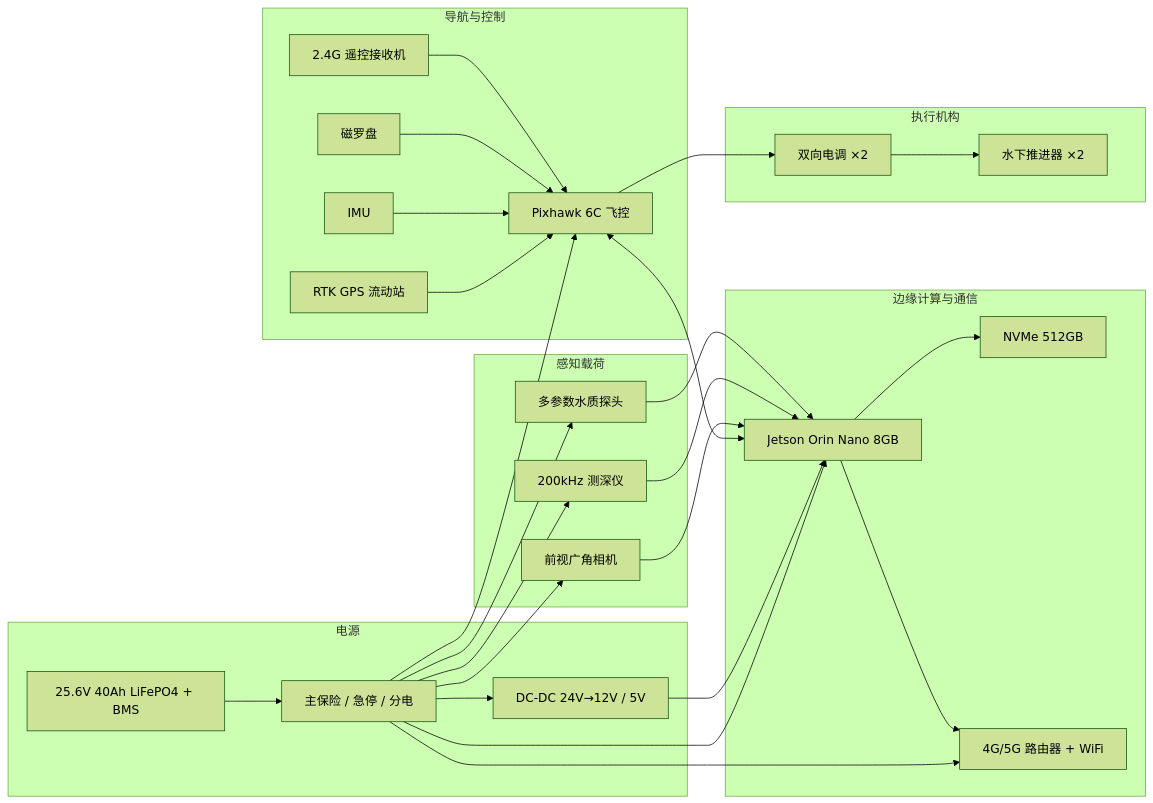
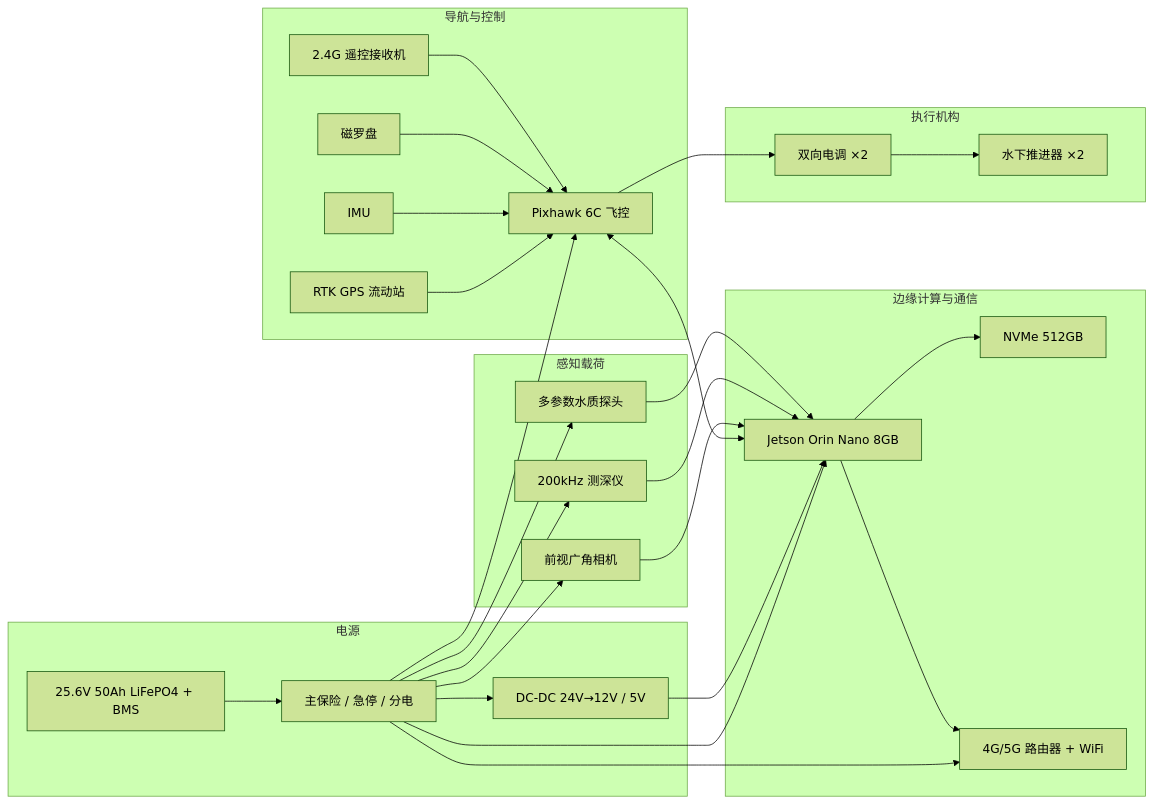
One commit to QinTomAndy2025/SuperagentWork changed the first of 3 diagrams in reservoir-robot/docs/01-embedded-hardware.md. Above: the diagram before and after it, drawn with Mermaid (forest theme). The commit also changed other lines of this file and 3 other files, not shown here.

````diff
--- a/reservoir-robot/docs/01-embedded-hardware.md
+++ b/reservoir-robot/docs/01-embedded-hardware.md
@@ -16,54 +16,54 @@
 ```mermaid
 flowchart LR
   subgraph POWER["电源"]
-    BAT["25.6V 40Ah LiFePO4 + BMS"]
+    BAT["25.6V 50Ah LiFePO4 + BMS"]
     FUSE["主保险 / 急停 / 分电"]
     DCDC["DC-DC 24V→12V / 5V"]
   end
 
   subgraph NAV["导航与控制"]
     FC["Pixhawk 6C 飞控"]
     GPS["RTK GPS 流动站"]
     IMU["IMU"]
     MAG["磁罗盘"]
     RC["2.4G 遥控接收机"]
   end
 
   subgraph EDGE["边缘计算与通信"]
     JET["Jetson Orin Nano 8GB"]
     SSD["NVMe 512GB"]
     ROUTER["4G/5G 路由器 + WiFi"]
   end
 
   subgraph PAYLOAD["感知载荷"]
     CAM["前视广角相机"]
     DEPTH["200kHz 测深仪"]
     WQ["多参数水质探头"]
   end
 
   subgraph ACT["执行机构"]
     ESC["双向电调 ×2"]
     THR["水下推进器 ×2"]
   end
 
   BAT --> FUSE
   FUSE --> DCDC
   FUSE --> FC
   FUSE --> JET
   FUSE --> ROUTER
   FUSE --> CAM
   FUSE --> DEPTH
   FUSE --> WQ
   DCDC --> JET
   GPS --> FC
   IMU --> FC
   MAG --> FC
   RC --> FC
   FC --> ESC --> THR
   FC <--> JET
   CAM --> JET
   DEPTH --> JET
   WQ --> JET
   JET --> ROUTER
   JET --> SSD
 ```
````
